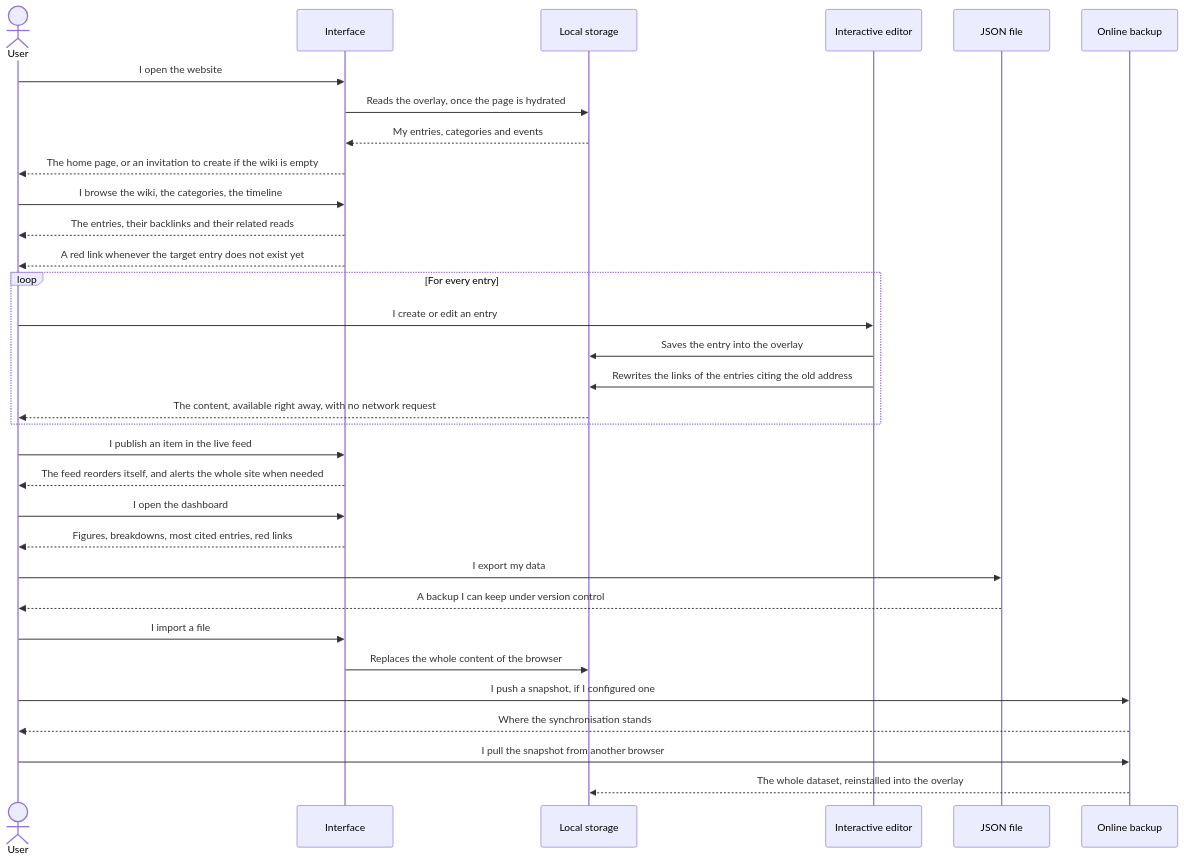
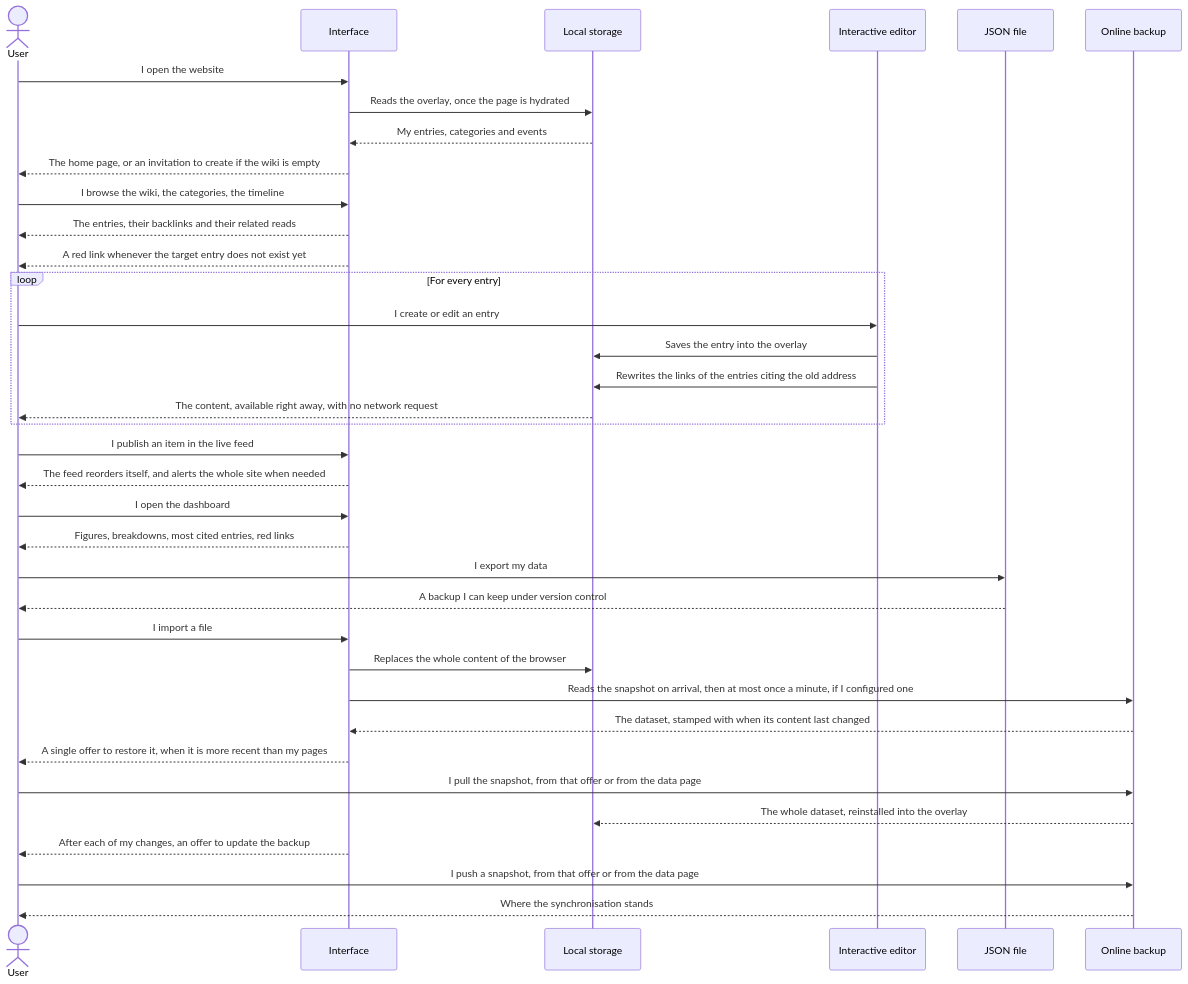
One commit to FlorianLeChat/Pericles-Initiative changed the second of 2 diagrams in README.md. Above: the diagram before and after it, drawn with Mermaid. The commit also changed other lines of this file and 15 other files, not shown here.

Commit message:
feat(data): offer a newer backup on arrival and an update after each change

````diff
--- a/README.md
+++ b/README.md
@@ -123,41 +123,45 @@
 ```mermaid
 sequenceDiagram
     actor User
     participant Interface
     participant Local storage
     participant Interactive editor
     participant JSON file
     participant Online backup
 
     User->>Interface: I open the website
     Interface->>Local storage: Reads the overlay, once the page is hydrated
     Local storage-->>Interface: My entries, categories and events
     Interface-->>User: The home page, or an invitation to create if the wiki is empty
 
     User->>Interface: I browse the wiki, the categories, the timeline
     Interface-->>User: The entries, their backlinks and their related reads
     Interface-->>User: A red link whenever the target entry does not exist yet
 
     loop For every entry
         User->>Interactive editor: I create or edit an entry
         Interactive editor->>Local storage: Saves the entry into the overlay
         Interactive editor->>Local storage: Rewrites the links of the entries citing the old address
         Local storage-->>User: The content, available right away, with no network request
     end
 
     User->>Interface: I publish an item in the live feed
     Interface-->>User: The feed reorders itself, and alerts the whole site when needed
 
     User->>Interface: I open the dashboard
     Interface-->>User: Figures, breakdowns, most cited entries, red links
 
     User->>JSON file: I export my data
     JSON file-->>User: A backup I can keep under version control
     User->>Interface: I import a file
     Interface->>Local storage: Replaces the whole content of the browser
 
-    User->>Online backup: I push a snapshot, if I configured one
+    Interface->>Online backup: Reads the snapshot on arrival, then at most once a minute, if I configured one
+    Online backup-->>Interface: The dataset, stamped with when its content last changed
+    Interface-->>User: A single offer to restore it, when it is more recent than my pages
+    User->>Online backup: I pull the snapshot, from that offer or from the data page
+    Online backup-->>Local storage: The whole dataset, reinstalled into the overlay
+    Interface-->>User: After each of my changes, an offer to update the backup
+    User->>Online backup: I push a snapshot, from that offer or from the data page
     Online backup-->>User: Where the synchronisation stands
-    User->>Online backup: I pull the snapshot from another browser
-    Online backup-->>Local storage: The whole dataset, reinstalled into the overlay
 ```
````
